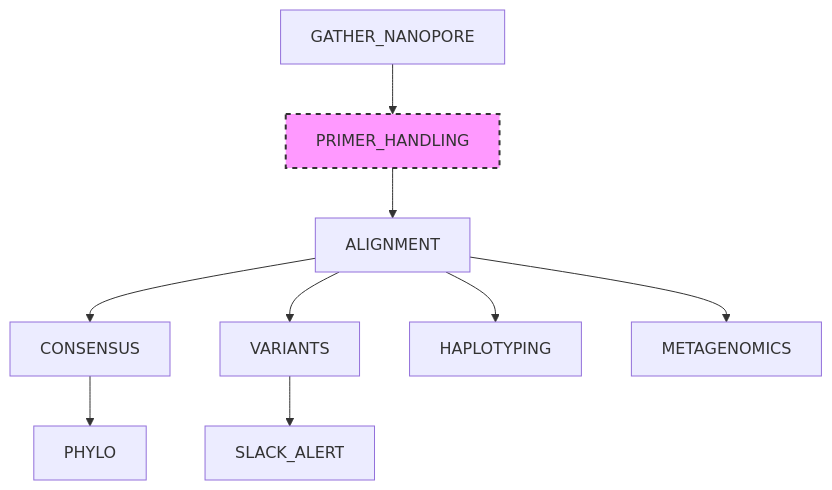
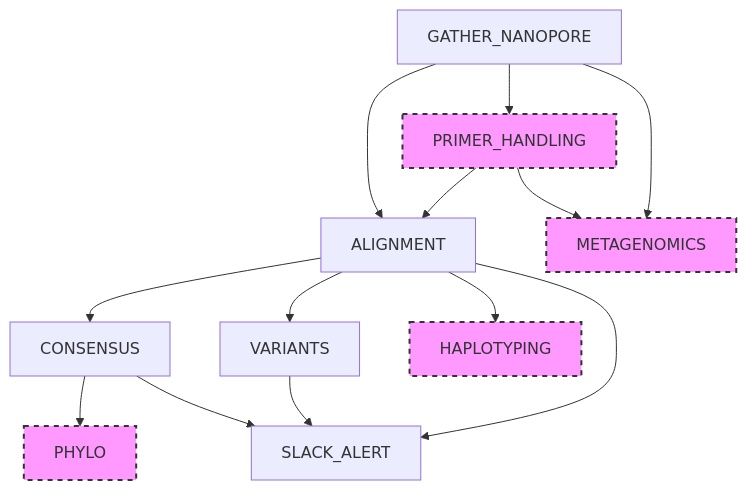
Before and after one commit to nrminor/oneroof: the first of 13 diagrams in docs/pipeline_architecture.md, drawn with Mermaid. The commit also changed other lines of this file and 18 other files, not shown here.

````diff
--- a/docs/pipeline_architecture.md
+++ b/docs/pipeline_architecture.md
@@ -63,13 +66,20 @@
 ``` mermaid
 graph TD
     A[GATHER_NANOPORE] --> B[PRIMER_HANDLING]
-    B --> C[ALIGNMENT]
+    A --> C[ALIGNMENT]
+    B --> C
+    B --> G[METAGENOMICS]
+    A --> G
     C --> D[CONSENSUS]
     C --> E[VARIANTS]
     C --> F[HAPLOTYPING]
-    C --> G[METAGENOMICS]
     D --> H[PHYLO]
-    E --> I[SLACK_ALERT]
+    D --> I[SLACK_ALERT]
+    E --> I
+    C --> I
 
     style B fill:#f9f,stroke:#333,stroke-width:2px,stroke-dasharray: 5 5
+    style F fill:#f9f,stroke:#333,stroke-width:2px,stroke-dasharray: 5 5
+    style G fill:#f9f,stroke:#333,stroke-width:2px,stroke-dasharray: 5 5
+    style H fill:#f9f,stroke:#333,stroke-width:2px,stroke-dasharray: 5 5
 ```
````
